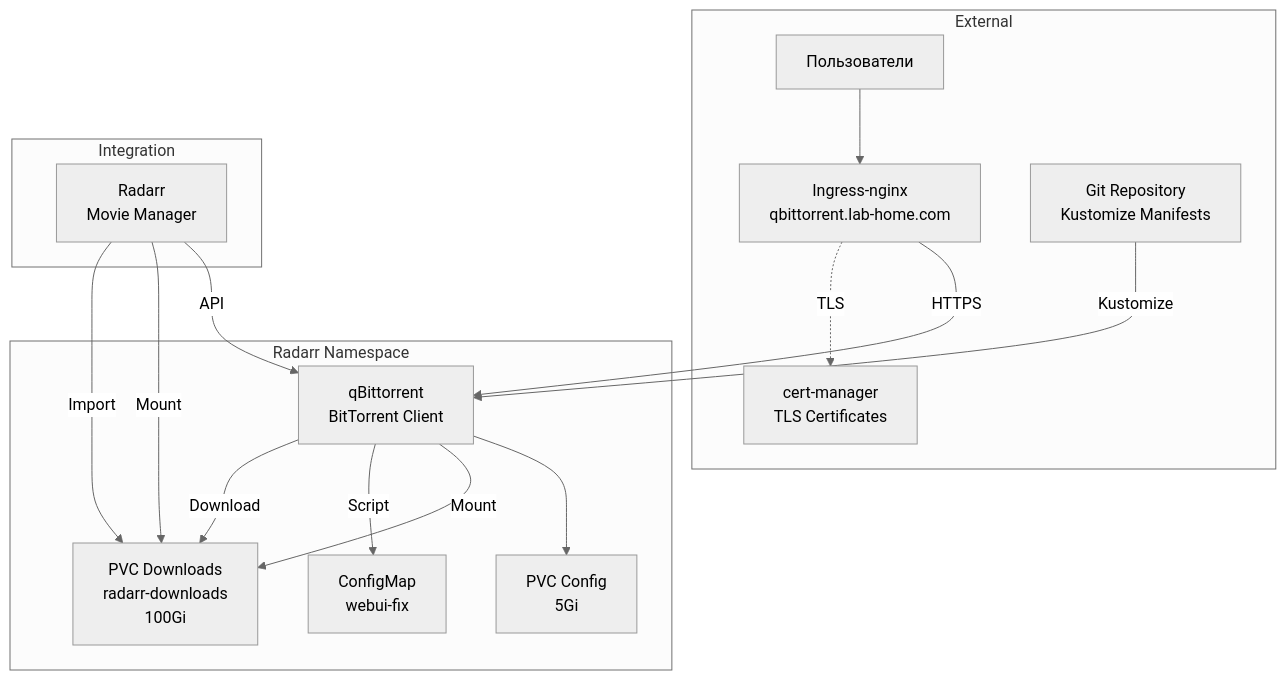
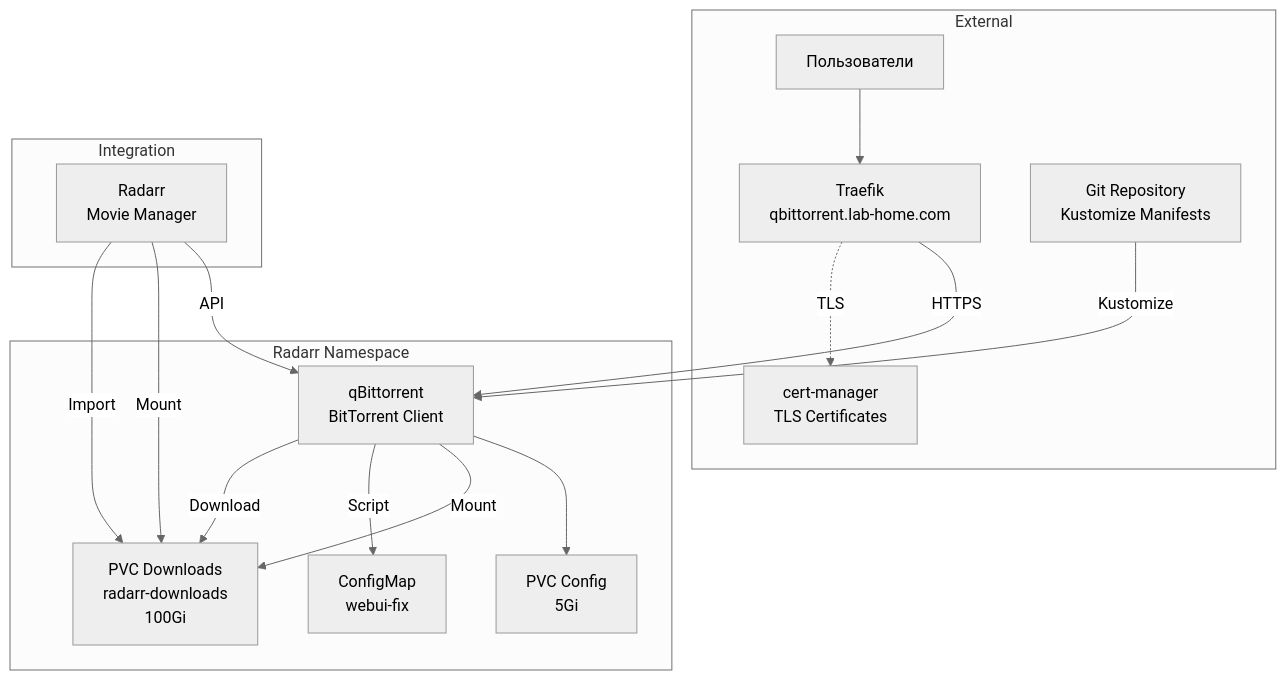
One commit to barmaglot351/k3s-test changed the diagram in argocd-apps/media-server-stack/qbittorrent/README.md. Above: the diagram before and after it, drawn with Mermaid (neutral theme). The commit also changed other lines of this file and 6 other files, not shown here.

````diff
--- a/argocd-apps/media-server-stack/qbittorrent/README.md
+++ b/argocd-apps/media-server-stack/qbittorrent/README.md
@@ -80,33 +80,33 @@
 ```mermaid
 graph TB
     subgraph radarrNs [Radarr Namespace]
         qBittorrent[qBittorrent<br/>BitTorrent Client]
         ConfigPVC[PVC Config<br/>5Gi]
         DownloadsPVC["PVC Downloads<br/>radarr-downloads<br/>100Gi"]
         WebUIFix[ConfigMap<br/>webui-fix]
     end
     
     subgraph external [External]
-        Ingress[Ingress-nginx<br/>qbittorrent.lab-home.com]
+        Ingress[Traefik<br/>qbittorrent.lab-home.com]
         CertManager[cert-manager<br/>TLS Certificates]
         Users[Пользователи]
         GitRepo[Git Repository<br/>Kustomize Manifests]
     end
     
     subgraph integration [Integration]
         Radarr[Radarr<br/>Movie Manager]
     end
     
     Users --> Ingress
     Ingress -->|HTTPS| qBittorrent
     Ingress -.->|TLS| CertManager
     qBittorrent --> ConfigPVC
     qBittorrent -->|Mount| DownloadsPVC
     qBittorrent -->|Script| WebUIFix
     GitRepo -->|Kustomize| qBittorrent
     
     Radarr -->|API| qBittorrent
     Radarr -->|Mount| DownloadsPVC
     qBittorrent -->|Download| DownloadsPVC
     Radarr -->|Import| DownloadsPVC
 ```
````
